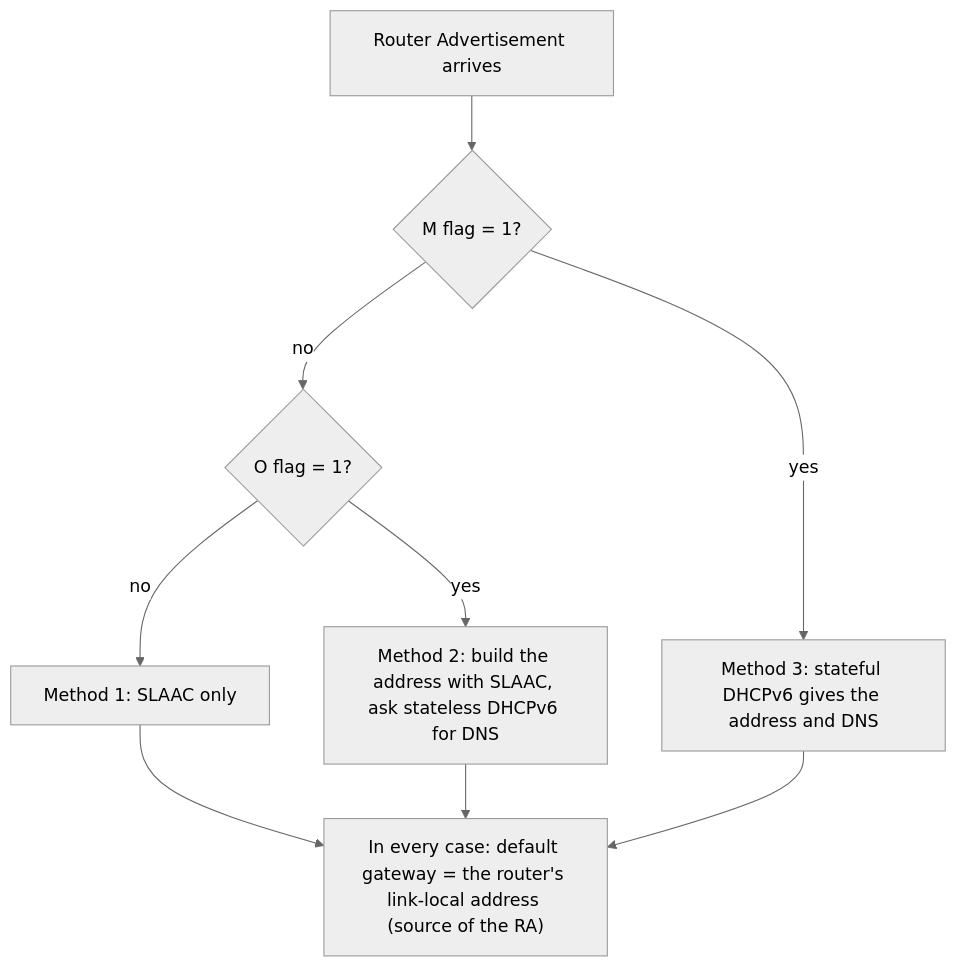
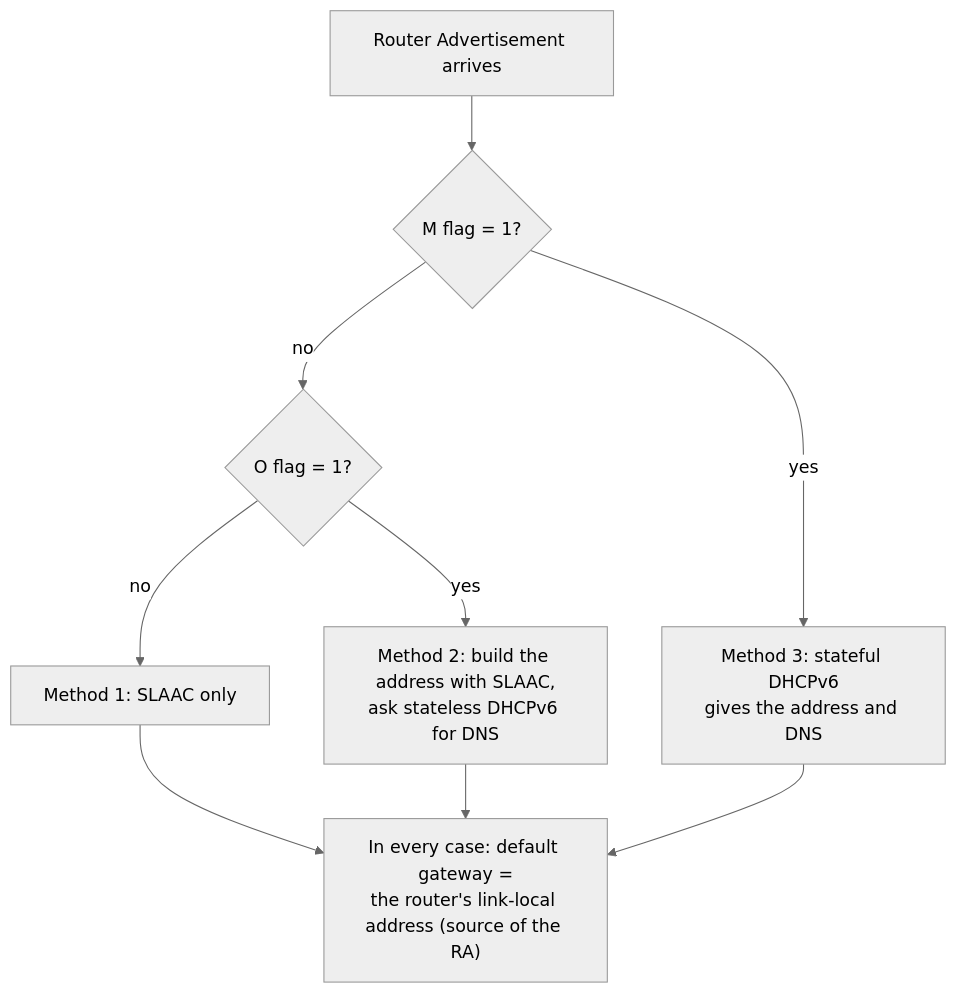
One commit to FahimMashroor/Chalmers_CSC changed diagram 12 of 37 in EDA387-Computer-Networks/03-IPv6.md. Above: the diagram before and after it, drawn with Mermaid (neutral theme). The commit also changed other lines of this file, not shown here.

Commit message:
Rewrite 03 IPv6 in simple language with examples and diagrams

````diff
--- a/EDA387-Computer-Networks/03-IPv6.md
+++ b/EDA387-Computer-Networks/03-IPv6.md
@@ -402,11 +577,11 @@
 ```mermaid
 flowchart TD
   RA["Router Advertisement arrives"] --> M{"M flag = 1?"}
-  M -->|"yes"| S3["Method 3: stateful DHCPv6 gives the address and DNS"]
+  M -->|"yes"| S3["Method 3: stateful DHCPv6<br/>gives the address and DNS"]
   M -->|"no"| O{"O flag = 1?"}
-  O -->|"yes"| S2["Method 2: build the address with SLAAC, ask stateless DHCPv6 for DNS"]
+  O -->|"yes"| S2["Method 2: build the address with SLAAC,<br/>ask stateless DHCPv6 for DNS"]
   O -->|"no"| S1["Method 1: SLAAC only"]
-  S1 --> GW["In every case: default gateway = the router's link-local address (source of the RA)"]
+  S1 --> GW["In every case: default gateway =<br/>the router's link-local address (source of the RA)"]
   S2 --> GW
   S3 --> GW
 ```
````
